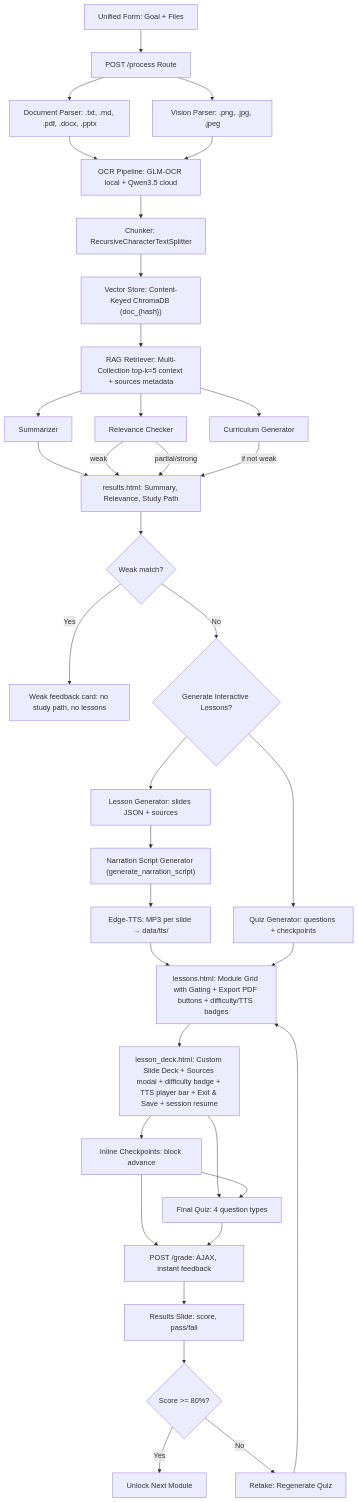
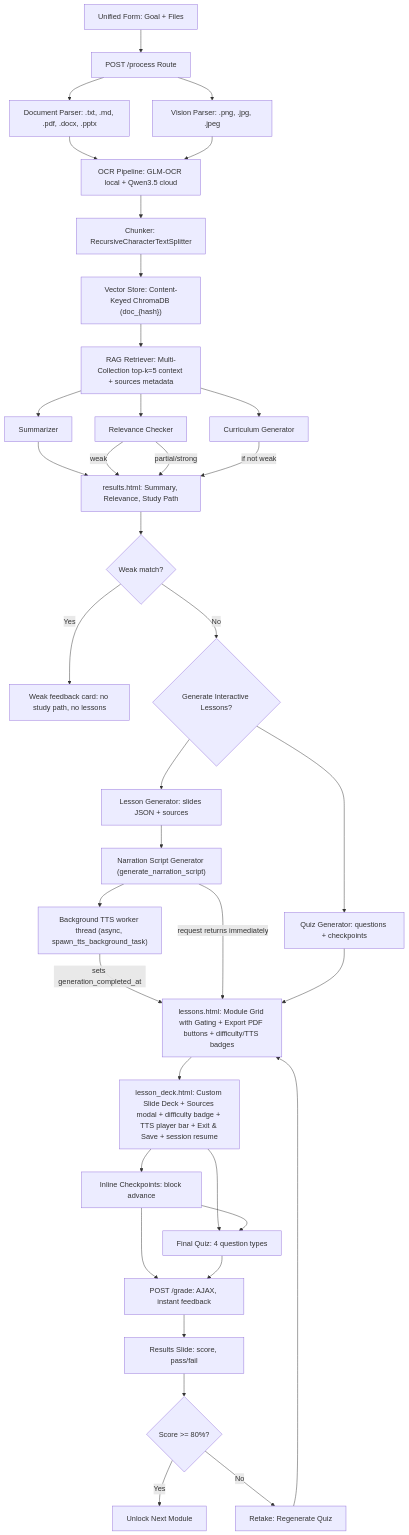
One commit to stephen-cpe/study-and-learn changed the diagram in docs/DESIGN_AND_TESTING.md. Above: the diagram before and after it, drawn with Mermaid. The commit also changed other lines of this file and 8 other files, not shown here.

````diff
--- a/docs/DESIGN_AND_TESTING.md
+++ b/docs/DESIGN_AND_TESTING.md
@@ -14,39 +14,40 @@
 ```mermaid
 flowchart TD
     A["Unified Form: Goal + Files"] --> B["POST /process Route"]
     B --> C["Document Parser: .txt, .md, .pdf, .docx, .pptx"]
     B --> C2["Vision Parser: .png, .jpg, .jpeg"]
     C --> C3["OCR Pipeline: GLM-OCR local + Qwen3.5 cloud"]
     C2 --> C3
     C3 --> D["Chunker: RecursiveCharacterTextSplitter"]
     D --> E["Vector Store: Content-Keyed ChromaDB (doc_{hash})"]
     E --> F["RAG Retriever: Multi-Collection top-k=5 context + sources metadata"]
     F --> G["Summarizer"]
     F --> H["Relevance Checker"]
     F --> I["Curriculum Generator"]
     G --> J["results.html: Summary, Relevance, Study Path"]
     H -->|weak| J
     H -->|partial/strong| J
     I -->|if not weak| J
     J --> K{"Weak match?"}
     K -->|Yes| K2["Weak feedback card: no study path, no lessons"]
     K -->|No| L{"Generate Interactive Lessons?"}
     L --> M["Lesson Generator: slides JSON + sources"]
     L --> N["Quiz Generator: questions + checkpoints"]
     M --> M2["Narration Script Generator (generate_narration_script)"]
-    M2 --> M3["Edge-TTS: MP3 per slide → data/tts/<path>/<module>/"]
-    M3 --> O
+    M2 --> M2b["Background TTS worker thread (async, spawn_tts_background_task)"]
+    M2b -->|"sets generation_completed_at"| O
+    M2 -->|"request returns immediately"| O
     N --> O
     O["lessons.html: Module Grid with Gating + Export PDF buttons + difficulty/TTS badges"]
     O --> P["lesson_deck.html: Custom Slide Deck + Sources modal + difficulty badge + TTS player bar + Exit & Save + session resume"]
     P --> Q["Inline Checkpoints: block advance"]
     P --> R["Final Quiz: 4 question types"]
     Q --> R
     Q --> G2["POST /grade: AJAX, instant feedback"]
     R --> G2
     G2 --> S["Results Slide: score, pass/fail"]
     S --> T{"Score >= 80%?"}
     T -->|Yes| U["Unlock Next Module"]
     T -->|No| V["Retake: Regenerate Quiz"]
     V --> O
 ```
````
